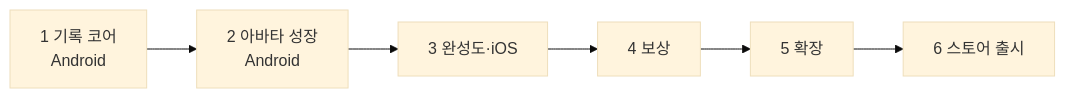
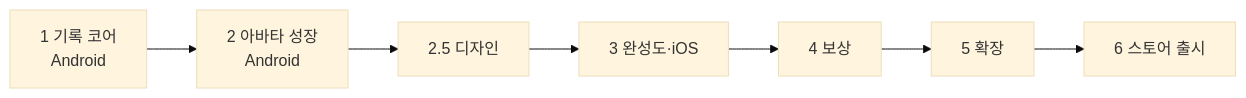
Before and after one commit to dhkim1522/runmagochi: the diagram in docs/roadmap.md, drawn with Mermaid (base theme). The commit also changed other lines of this file and 3 other files, not shown here.

````diff
--- a/docs/roadmap.md
+++ b/docs/roadmap.md
@@ -13,8 +13,9 @@
 ```mermaid
 flowchart LR
     P1["1 기록 코어<br/>Android"] --> P2["2 아바타 성장<br/>Android"]
-    P2 --> P3["3 완성도·iOS"]
+    P2 --> P25["2.5 디자인"]
+    P25 --> P3["3 완성도·iOS"]
     P3 --> P4["4 보상"]
     P4 --> P5["5 확장"]
     P5 --> P6["6 스토어 출시"]
 ```
````
